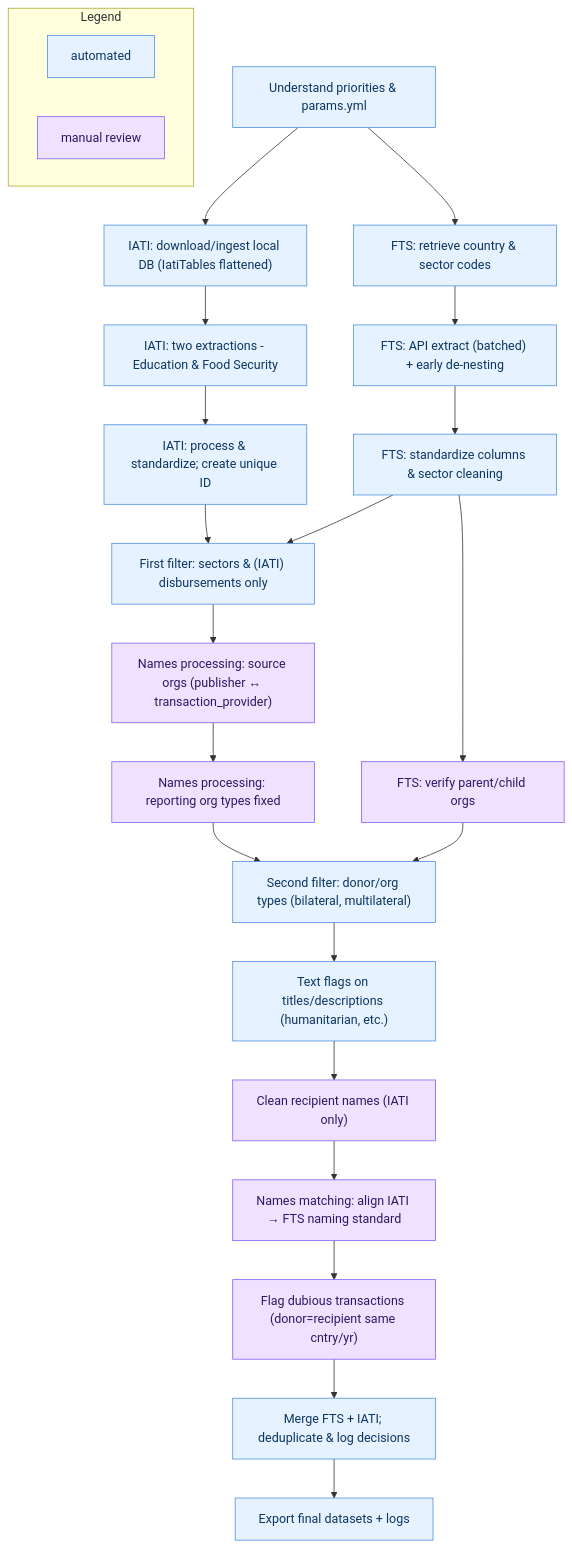
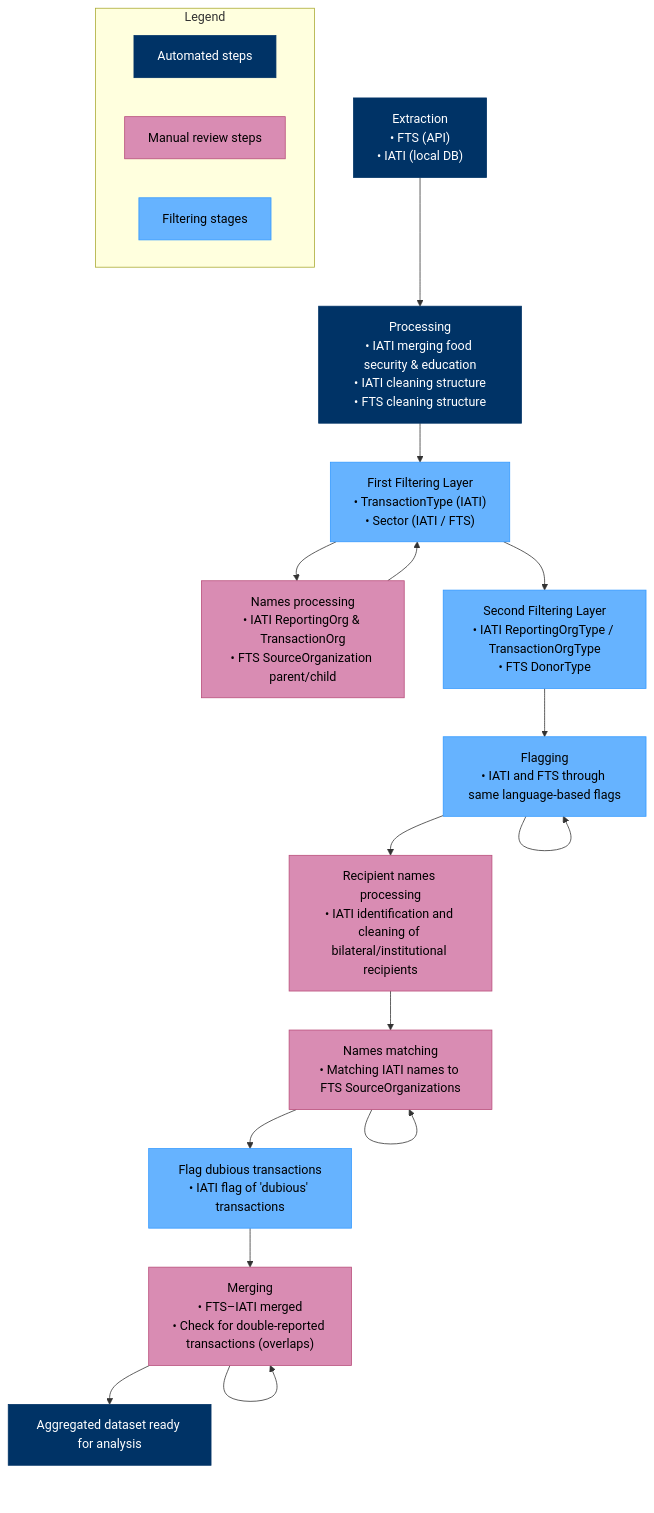
Before and after one commit to Dorianeve/EiEPC-Financing-Tracking: the diagram in README.md, drawn with Mermaid.

````diff
--- a/README.md
+++ b/README.md
@@ -228,46 +228,39 @@
 ``` mermaid
 flowchart TD
   %% ==== CLASS DEFINITIONS ====
-  classDef auto   fill:#e6f2ff,stroke:#4a90e2,stroke-width:1px,color:#0b3660;
-  classDef manual fill:#efe1ff,stroke:#7b61ff,stroke-width:1px,color:#2e1961;
+  classDef darkblue fill:#003366,stroke:#003366,color:#ffffff,fontWeight:bold;
+  classDef lightblue fill:#66b3ff,stroke:#3399ff,color:#000000;
+  classDef pink fill:#d98cb3,stroke:#b84d7a,color:#000000;
 
-  %% ==== FTS BRANCH ====
-  A["Understand priorities & params.yml"]:::auto --> 
-  B["FTS: retrieve country & sector codes"]:::auto -->
-  C["FTS: API extract (batched) + early de-nesting"]:::auto -->
-  D["FTS: standardize columns & sector cleaning"]:::auto
+  %% ==== STAGE 1: EXTRACTION ====
+  A["Extraction<br/>• FTS (API)<br/>• IATI (local DB)"]:::darkblue --> 
+  B["Processing<br/>• IATI merging food security & education<br/>• IATI cleaning structure<br/>• FTS cleaning structure"]:::darkblue -->
 
-  %% ==== IATI BRANCH ====
-  A --> E["IATI: download/ingest local DB (IatiTables flattened)"]:::auto -->
-  F["IATI: two extractions - Education & Food Security"]:::auto -->
-  G["IATI: process & standardize; create unique ID"]:::auto
+  %% ==== STAGE 2: FILTER 1 ====
+  C["First Filtering Layer<br/>• TransactionType (IATI)<br/>• Sector (IATI / FTS)"]:::lightblue -->
 
-  %% ==== FIRST FILTER ====
-  G --> H["First filter: sectors & (IATI) disbursements only"]:::auto
-  D --> H
+  %% ==== STAGE 3: NAME PROCESSING ====
+  D["Names processing<br/>• IATI ReportingOrg & TransactionOrg<br/>• FTS SourceOrganization parent/child"]:::pink -->
 
-  %% ==== NAME PROCESSING ====
-  H --> I["Names processing: source orgs (publisher ↔ transaction_provider)"]:::manual -->
-  J["Names processing: reporting org types fixed"]:::manual
-  D --> K["FTS: verify parent/child orgs"]:::manual
+  %% ==== STAGE 4: FILTER 2 + FLAGGING ====
+  C --> E["Second Filtering Layer<br/>• IATI ReportingOrgType / TransactionOrgType<br/>• FTS DonorType"]:::lightblue -->
+  F["Flagging<br/>• IATI and FTS through same language-based flags"]:::lightblue -->
 
-  %% ==== SECOND FILTER ====
-  J --> L["Second filter: donor/org types (bilateral, multilateral)"]:::auto
-  K --> L
+  %% ==== STAGE 5: RECIPIENTS + MATCHING ====
+  F --> G["Recipient names processing<br/>• IATI identification and cleaning of bilateral/institutional recipients"]:::pink -->
+  H["Names matching<br/>• Matching IATI names to FTS SourceOrganizations"]:::pink -->
 
-  %% ==== TEXT FLAGS & CLEANING ====
-  L --> M["Text flags on titles/descriptions (humanitarian, etc.)"]:::auto -->
-  N["Clean recipient names (IATI only)"]:::manual
+  %% ==== STAGE 6: FINAL CHECKS + MERGE ====
+  H --> I["Flag dubious transactions<br/>• IATI flag of 'dubious' transactions"]:::lightblue -->
+  J["Merging<br/>• FTS–IATI merged<br/>• Check for double-reported transactions (overlaps)"]:::pink -->
 
-  %% ==== MATCHING & FINAL MERGE ====
-  N --> O["Names matching: align IATI → FTS naming standard"]:::manual -->
-  P["Flag dubious transactions (donor=recipient same cntry/yr)"]:::manual -->
-  Q["Merge FTS + IATI; deduplicate & log decisions"]:::auto -->
-  R["Export final datasets + logs"]:::auto
+  %% ==== STAGE 7: OUTPUT ====
+  J --> K["Aggregated dataset ready for analysis"]:::darkblue
 
   %% ==== LEGEND ====
   subgraph Legend
-    L1["automated"]:::auto
-    L2["manual review"]:::manual
+    L1["Automated steps"]:::darkblue
+    L2["Manual review steps"]:::pink
+    L3["Filtering stages"]:::lightblue
   end
 ```
````
